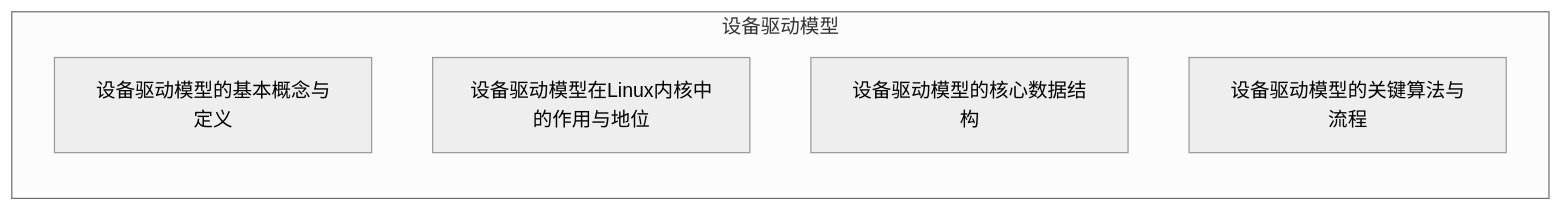
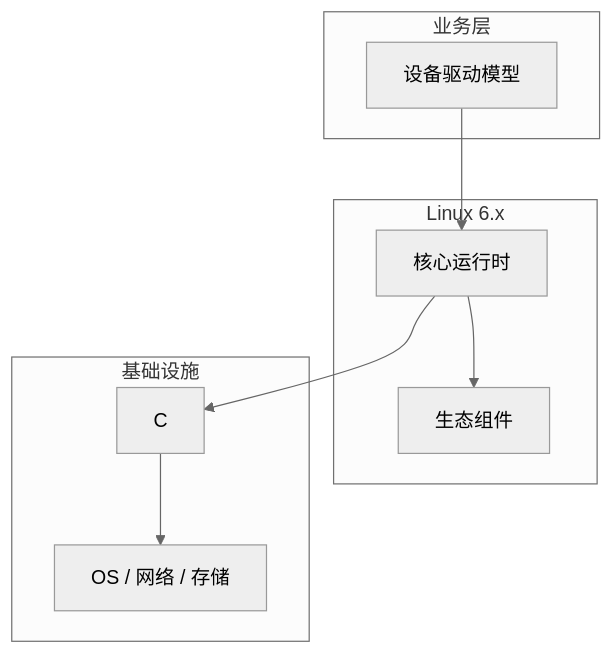
Before and after one commit to yanggan2015/knowledge-json-v2: the diagram in articles/Linux内核/chapters/155-设备驱动模型的对比与选型.md, drawn with Mermaid (neutral theme). The commit also changed other lines of this file and 10127 other files, not shown here.

````diff
--- a/articles/Linux内核/chapters/155-设备驱动模型的对比与选型.md
+++ b/articles/Linux内核/chapters/155-设备驱动模型的对比与选型.md
@@ -45,9 +34,18 @@
 ```mermaid
-graph LR
-    subgraph 设备驱动模型
-        C0[设备驱动模型的基本概念与定义]
-        C1[设备驱动模型在Linux内核中的作用与地位]
-        C2[设备驱动模型的核心数据结构]
-        C3[设备驱动模型的关键算法与流程]
+graph TB
+    subgraph 业务层
+        A[设备驱动模型]
     end
+    subgraph Linux 6.x
+        B[核心运行时]
+        C[生态组件]
+    end
+    subgraph 基础设施
+        D[C]
+        E[OS / 网络 / 存储]
+    end
+    A --> B
+    B --> C
+    B --> D
+    D --> E
 ```
````
